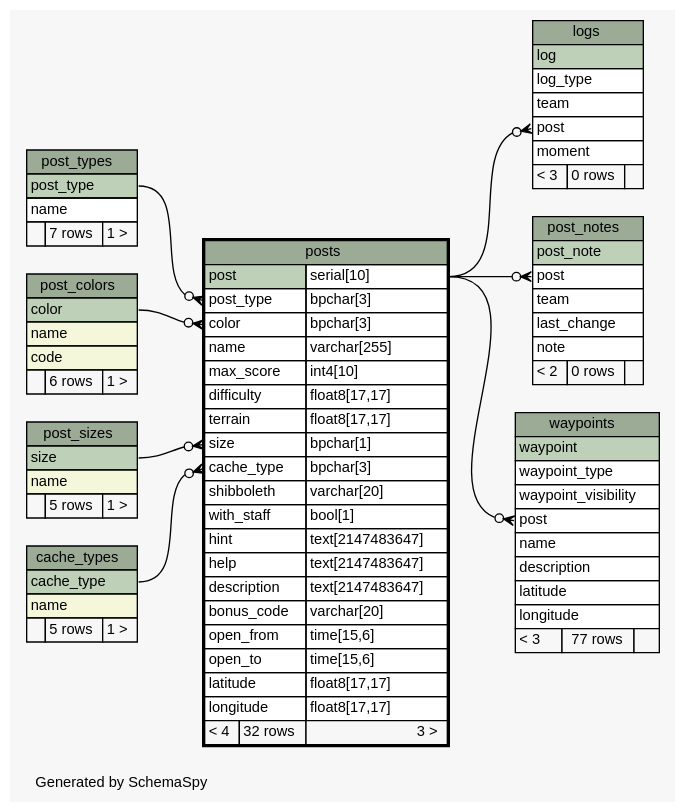
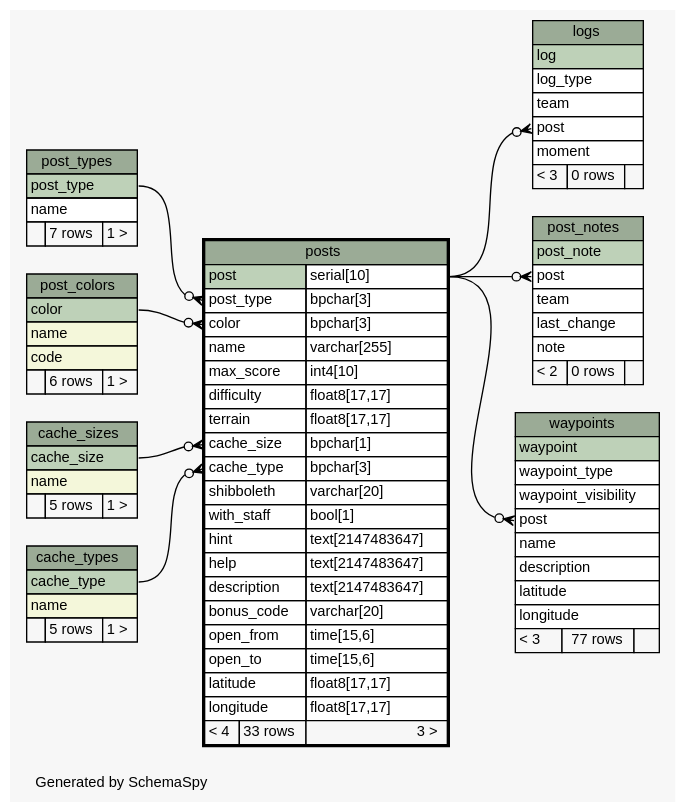
Before and after one commit to xmarwin/brazda: the diagram in Brazda/doc/db/diagrams/posts.1degree.dot, drawn with Graphviz. The commit also changed 100 other files, not shown here.

```diff
--- a/Brazda/doc/db/diagrams/posts.1degree.dot
+++ b/Brazda/doc/db/diagrams/posts.1degree.dot
@@ -1,147 +1,147 @@
 // dot 2.40.1 on Linux 4.11.5-gentoo
 // SchemaSpy rev 590
 digraph "oneDegreeRelationshipsDiagram" {
   graph [
     rankdir="RL"
     bgcolor="#f7f7f7"
     label="\nGenerated by SchemaSpy"
     labeljust="l"
     nodesep="0.18"
     ranksep="0.46"
     fontname="Helvetica"
     fontsize="11"
   ];
   node [
     fontname="Helvetica"
     fontsize="11"
     shape="plaintext"
   ];
   edge [
     arrowsize="0.8"
   ];
   "logs":"post":w -> "posts":"post.type":e [arrowhead=none dir=back arrowtail=crowodot];
   "post_notes":"post":w -> "posts":"post.type":e [arrowhead=none dir=back arrowtail=crowodot];
+  "posts":"cache_size":w -> "cache_sizes":"cache_size":e [arrowhead=none dir=back arrowtail=crowodot];
   "posts":"cache_type":w -> "cache_types":"cache_type":e [arrowhead=none dir=back arrowtail=crowodot];
   "posts":"color":w -> "post_colors":"color":e [arrowhead=none dir=back arrowtail=crowodot];
   "posts":"post_type":w -> "post_types":"post_type":e [arrowhead=none dir=back arrowtail=crowodot];
-  "posts":"size":w -> "post_sizes":"size":e [arrowhead=none dir=back arrowtail=crowodot];
   "waypoints":"post":w -> "posts":"post.type":e [arrowhead=none dir=back arrowtail=crowodot];
+  "cache_sizes" [
+    label=<
+    <TABLE BORDER="0" CELLBORDER="1" CELLSPACING="0" BGCOLOR="#ffffff">
+      <TR><TD COLSPAN="3" BGCOLOR="#9bab96" ALIGN="CENTER">cache_sizes</TD></TR>
+      <TR><TD PORT="cache_size" COLSPAN="3" BGCOLOR="#bed1b8" ALIGN="LEFT">cache_size</TD></TR>
+      <TR><TD PORT="name" COLSPAN="3" BGCOLOR="#f4f7da" ALIGN="LEFT">name</TD></TR>
+      <TR><TD ALIGN="LEFT" BGCOLOR="#f7f7f7">  </TD><TD ALIGN="RIGHT" BGCOLOR="#f7f7f7">5 rows</TD><TD ALIGN="RIGHT" BGCOLOR="#f7f7f7">1 &gt;</TD></TR>
+    </TABLE>>
+    URL="cache_sizes.html"
+    tooltip="cache_sizes"
+  ];
   "cache_types" [
     label=<
     <TABLE BORDER="0" CELLBORDER="1" CELLSPACING="0" BGCOLOR="#ffffff">
       <TR><TD COLSPAN="3" BGCOLOR="#9bab96" ALIGN="CENTER">cache_types</TD></TR>
       <TR><TD PORT="cache_type" COLSPAN="3" BGCOLOR="#bed1b8" ALIGN="LEFT">cache_type</TD></TR>
       <TR><TD PORT="name" COLSPAN="3" BGCOLOR="#f4f7da" ALIGN="LEFT">name</TD></TR>
       <TR><TD ALIGN="LEFT" BGCOLOR="#f7f7f7">  </TD><TD ALIGN="RIGHT" BGCOLOR="#f7f7f7">5 rows</TD><TD ALIGN="RIGHT" BGCOLOR="#f7f7f7">1 &gt;</TD></TR>
     </TABLE>>
     URL="cache_types.html"
     tooltip="cache_types"
   ];
   "logs" [
     label=<
     <TABLE BORDER="0" CELLBORDER="1" CELLSPACING="0" BGCOLOR="#ffffff">
       <TR><TD COLSPAN="3" BGCOLOR="#9bab96" ALIGN="CENTER">logs</TD></TR>
       <TR><TD PORT="log" COLSPAN="3" BGCOLOR="#bed1b8" ALIGN="LEFT">log</TD></TR>
       <TR><TD PORT="log_type" COLSPAN="3" ALIGN="LEFT">log_type</TD></TR>
       <TR><TD PORT="team" COLSPAN="3" ALIGN="LEFT">team</TD></TR>
       <TR><TD PORT="post" COLSPAN="3" ALIGN="LEFT">post</TD></TR>
       <TR><TD PORT="moment" COLSPAN="3" ALIGN="LEFT">moment</TD></TR>
       <TR><TD ALIGN="LEFT" BGCOLOR="#f7f7f7">&lt; 3</TD><TD ALIGN="RIGHT" BGCOLOR="#f7f7f7">0 rows</TD><TD ALIGN="RIGHT" BGCOLOR="#f7f7f7">  </TD></TR>
     </TABLE>>
     URL="logs.html"
     tooltip="logs"
   ];
   "post_colors" [
     label=<
     <TABLE BORDER="0" CELLBORDER="1" CELLSPACING="0" BGCOLOR="#ffffff">
       <TR><TD COLSPAN="3" BGCOLOR="#9bab96" ALIGN="CENTER">post_colors</TD></TR>
       <TR><TD PORT="color" COLSPAN="3" BGCOLOR="#bed1b8" ALIGN="LEFT">color</TD></TR>
       <TR><TD PORT="name" COLSPAN="3" BGCOLOR="#f4f7da" ALIGN="LEFT">name</TD></TR>
       <TR><TD PORT="code" COLSPAN="3" BGCOLOR="#f4f7da" ALIGN="LEFT">code</TD></TR>
       <TR><TD ALIGN="LEFT" BGCOLOR="#f7f7f7">  </TD><TD ALIGN="RIGHT" BGCOLOR="#f7f7f7">6 rows</TD><TD ALIGN="RIGHT" BGCOLOR="#f7f7f7">1 &gt;</TD></TR>
     </TABLE>>
     URL="post_colors.html"
     tooltip="post_colors"
   ];
   "post_notes" [
     label=<
     <TABLE BORDER="0" CELLBORDER="1" CELLSPACING="0" BGCOLOR="#ffffff">
       <TR><TD COLSPAN="3" BGCOLOR="#9bab96" ALIGN="CENTER">post_notes</TD></TR>
       <TR><TD PORT="post_note" COLSPAN="3" BGCOLOR="#bed1b8" ALIGN="LEFT">post_note</TD></TR>
       <TR><TD PORT="post" COLSPAN="3" ALIGN="LEFT">post</TD></TR>
       <TR><TD PORT="team" COLSPAN="3" ALIGN="LEFT">team</TD></TR>
       <TR><TD PORT="last_change" COLSPAN="3" ALIGN="LEFT">last_change</TD></TR>
       <TR><TD PORT="note" COLSPAN="3" ALIGN="LEFT">note</TD></TR>
       <TR><TD ALIGN="LEFT" BGCOLOR="#f7f7f7">&lt; 2</TD><TD ALIGN="RIGHT" BGCOLOR="#f7f7f7">0 rows</TD><TD ALIGN="RIGHT" BGCOLOR="#f7f7f7">  </TD></TR>
     </TABLE>>
     URL="post_notes.html"
     tooltip="post_notes"
   ];
-  "post_sizes" [
-    label=<
-    <TABLE BORDER="0" CELLBORDER="1" CELLSPACING="0" BGCOLOR="#ffffff">
-      <TR><TD COLSPAN="3" BGCOLOR="#9bab96" ALIGN="CENTER">post_sizes</TD></TR>
-      <TR><TD PORT="size" COLSPAN="3" BGCOLOR="#bed1b8" ALIGN="LEFT">size</TD></TR>
-      <TR><TD PORT="name" COLSPAN="3" BGCOLOR="#f4f7da" ALIGN="LEFT">name</TD></TR>
-      <TR><TD ALIGN="LEFT" BGCOLOR="#f7f7f7">  </TD><TD ALIGN="RIGHT" BGCOLOR="#f7f7f7">5 rows</TD><TD ALIGN="RIGHT" BGCOLOR="#f7f7f7">1 &gt;</TD></TR>
-    </TABLE>>
-    URL="post_sizes.html"
-    tooltip="post_sizes"
-  ];
   "post_types" [
     label=<
     <TABLE BORDER="0" CELLBORDER="1" CELLSPACING="0" BGCOLOR="#ffffff">
       <TR><TD COLSPAN="3" BGCOLOR="#9bab96" ALIGN="CENTER">post_types</TD></TR>
       <TR><TD PORT="post_type" COLSPAN="3" BGCOLOR="#bed1b8" ALIGN="LEFT">post_type</TD></TR>
       <TR><TD PORT="name" COLSPAN="3" ALIGN="LEFT">name</TD></TR>
       <TR><TD ALIGN="LEFT" BGCOLOR="#f7f7f7">  </TD><TD ALIGN="RIGHT" BGCOLOR="#f7f7f7">7 rows</TD><TD ALIGN="RIGHT" BGCOLOR="#f7f7f7">1 &gt;</TD></TR>
     </TABLE>>
     URL="post_types.html"
     tooltip="post_types"
   ];
   "posts" [
     label=<
     <TABLE BORDER="2" CELLBORDER="1" CELLSPACING="0" BGCOLOR="#ffffff">
       <TR><TD COLSPAN="3" BGCOLOR="#9bab96" ALIGN="CENTER">posts</TD></TR>
       <TR><TD PORT="post" COLSPAN="2" BGCOLOR="#bed1b8" ALIGN="LEFT">post</TD><TD PORT="post.type" ALIGN="LEFT">serial[10]</TD></TR>
       <TR><TD PORT="post_type" COLSPAN="2" ALIGN="LEFT">post_type</TD><TD PORT="post_type.type" ALIGN="LEFT">bpchar[3]</TD></TR>
       <TR><TD PORT="color" COLSPAN="2" ALIGN="LEFT">color</TD><TD PORT="color.type" ALIGN="LEFT">bpchar[3]</TD></TR>
       <TR><TD PORT="name" COLSPAN="2" ALIGN="LEFT">name</TD><TD PORT="name.type" ALIGN="LEFT">varchar[255]</TD></TR>
       <TR><TD PORT="max_score" COLSPAN="2" ALIGN="LEFT">max_score</TD><TD PORT="max_score.type" ALIGN="LEFT">int4[10]</TD></TR>
       <TR><TD PORT="difficulty" COLSPAN="2" ALIGN="LEFT">difficulty</TD><TD PORT="difficulty.type" ALIGN="LEFT">float8[17,17]</TD></TR>
       <TR><TD PORT="terrain" COLSPAN="2" ALIGN="LEFT">terrain</TD><TD PORT="terrain.type" ALIGN="LEFT">float8[17,17]</TD></TR>
-      <TR><TD PORT="size" COLSPAN="2" ALIGN="LEFT">size</TD><TD PORT="size.type" ALIGN="LEFT">bpchar[1]</TD></TR>
+      <TR><TD PORT="cache_size" COLSPAN="2" ALIGN="LEFT">cache_size</TD><TD PORT="cache_size.type" ALIGN="LEFT">bpchar[1]</TD></TR>
       <TR><TD PORT="cache_type" COLSPAN="2" ALIGN="LEFT">cache_type</TD><TD PORT="cache_type.type" ALIGN="LEFT">bpchar[3]</TD></TR>
       <TR><TD PORT="shibboleth" COLSPAN="2" ALIGN="LEFT">shibboleth</TD><TD PORT="shibboleth.type" ALIGN="LEFT">varchar[20]</TD></TR>
       <TR><TD PORT="with_staff" COLSPAN="2" ALIGN="LEFT">with_staff</TD><TD PORT="with_staff.type" ALIGN="LEFT">bool[1]</TD></TR>
       <TR><TD PORT="hint" COLSPAN="2" ALIGN="LEFT">hint</TD><TD PORT="hint.type" ALIGN="LEFT">text[2147483647]</TD></TR>
       <TR><TD PORT="help" COLSPAN="2" ALIGN="LEFT">help</TD><TD PORT="help.type" ALIGN="LEFT">text[2147483647]</TD></TR>
       <TR><TD PORT="description" COLSPAN="2" ALIGN="LEFT">description</TD><TD PORT="description.type" ALIGN="LEFT">text[2147483647]</TD></TR>
       <TR><TD PORT="bonus_code" COLSPAN="2" ALIGN="LEFT">bonus_code</TD><TD PORT="bonus_code.type" ALIGN="LEFT">varchar[20]</TD></TR>
       <TR><TD PORT="open_from" COLSPAN="2" ALIGN="LEFT">open_from</TD><TD PORT="open_from.type" ALIGN="LEFT">time[15,6]</TD></TR>
       <TR><TD PORT="open_to" COLSPAN="2" ALIGN="LEFT">open_to</TD><TD PORT="open_to.type" ALIGN="LEFT">time[15,6]</TD></TR>
       <TR><TD PORT="latitude" COLSPAN="2" ALIGN="LEFT">latitude</TD><TD PORT="latitude.type" ALIGN="LEFT">float8[17,17]</TD></TR>
       <TR><TD PORT="longitude" COLSPAN="2" ALIGN="LEFT">longitude</TD><TD PORT="longitude.type" ALIGN="LEFT">float8[17,17]</TD></TR>
-      <TR><TD ALIGN="LEFT" BGCOLOR="#f7f7f7">&lt; 4</TD><TD ALIGN="RIGHT" BGCOLOR="#f7f7f7">32 rows</TD><TD ALIGN="RIGHT" BGCOLOR="#f7f7f7">3 &gt;</TD></TR>
+      <TR><TD ALIGN="LEFT" BGCOLOR="#f7f7f7">&lt; 4</TD><TD ALIGN="RIGHT" BGCOLOR="#f7f7f7">33 rows</TD><TD ALIGN="RIGHT" BGCOLOR="#f7f7f7">3 &gt;</TD></TR>
     </TABLE>>
     URL="posts.html"
     tooltip="posts"
   ];
   "waypoints" [
     label=<
     <TABLE BORDER="0" CELLBORDER="1" CELLSPACING="0" BGCOLOR="#ffffff">
       <TR><TD COLSPAN="3" BGCOLOR="#9bab96" ALIGN="CENTER">waypoints</TD></TR>
       <TR><TD PORT="waypoint" COLSPAN="3" BGCOLOR="#bed1b8" ALIGN="LEFT">waypoint</TD></TR>
       <TR><TD PORT="waypoint_type" COLSPAN="3" ALIGN="LEFT">waypoint_type</TD></TR>
       <TR><TD PORT="waypoint_visibility" COLSPAN="3" ALIGN="LEFT">waypoint_visibility</TD></TR>
       <TR><TD PORT="post" COLSPAN="3" ALIGN="LEFT">post</TD></TR>
       <TR><TD PORT="name" COLSPAN="3" ALIGN="LEFT">name</TD></TR>
       <TR><TD PORT="description" COLSPAN="3" ALIGN="LEFT">description</TD></TR>
       <TR><TD PORT="latitude" COLSPAN="3" ALIGN="LEFT">latitude</TD></TR>
       <TR><TD PORT="longitude" COLSPAN="3" ALIGN="LEFT">longitude</TD></TR>
       <TR><TD ALIGN="LEFT" BGCOLOR="#f7f7f7">&lt; 3</TD><TD ALIGN="RIGHT" BGCOLOR="#f7f7f7">77 rows</TD><TD ALIGN="RIGHT" BGCOLOR="#f7f7f7">  </TD></TR>
     </TABLE>>
     URL="waypoints.html"
     tooltip="waypoints"
   ];
 }
```
